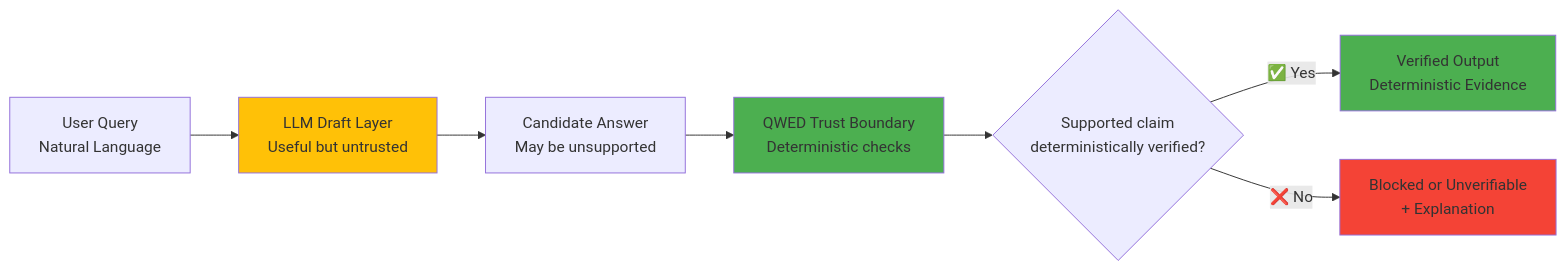
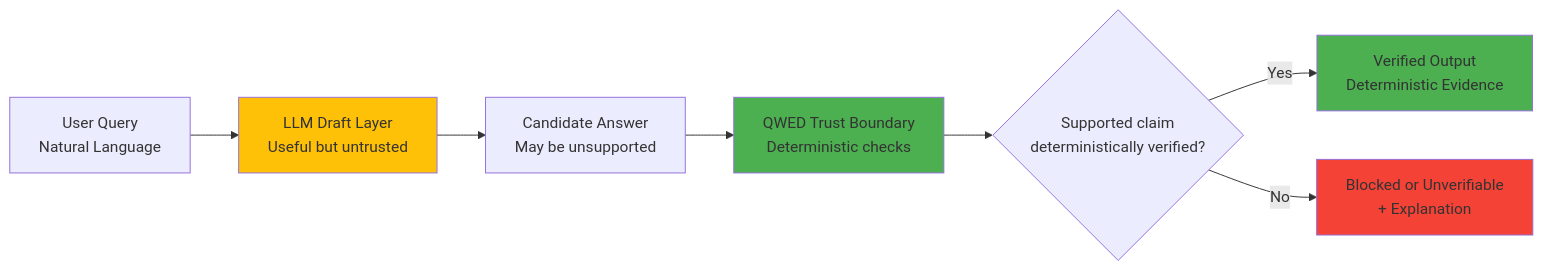
Before and after one commit to QWED-AI/qwed-learning: the diagram in README.md, drawn with Mermaid. The commit also changed other lines of this file and 3 other files, not shown here.

````diff
--- a/README.md
+++ b/README.md
@@ -142,14 +142,14 @@
 ```mermaid
 graph LR
     A["User Query<br/>Natural Language"] --> B["LLM Draft Layer<br/>Useful but untrusted"]
     B --> C["Candidate Answer<br/>May be unsupported"]
     C --> D["QWED Trust Boundary<br/>Deterministic checks"]
     D --> E{"Supported claim<br/>deterministically verified?"}
-    E -->|"✅ Yes"| F["Verified Output<br/>Deterministic Evidence"]
-    E -->|"❌ No"| G["Blocked or Unverifiable<br/>+ Explanation"]
-    
+    E -->|"Yes"| F["Verified Output<br/>Deterministic Evidence"]
+    E -->|"No"| G["Blocked or Unverifiable<br/>+ Explanation"]
+
     style B fill:#ffc107
     style D fill:#4caf50
     style F fill:#4caf50
     style G fill:#f44336
 ```
````
